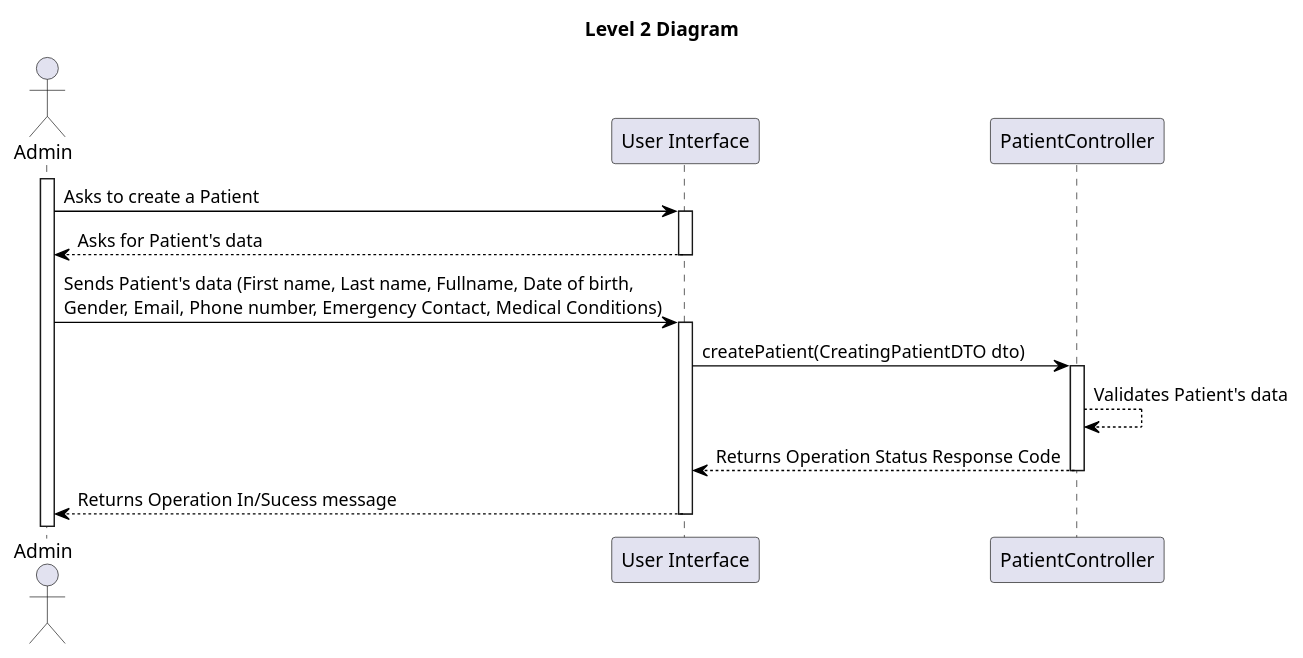
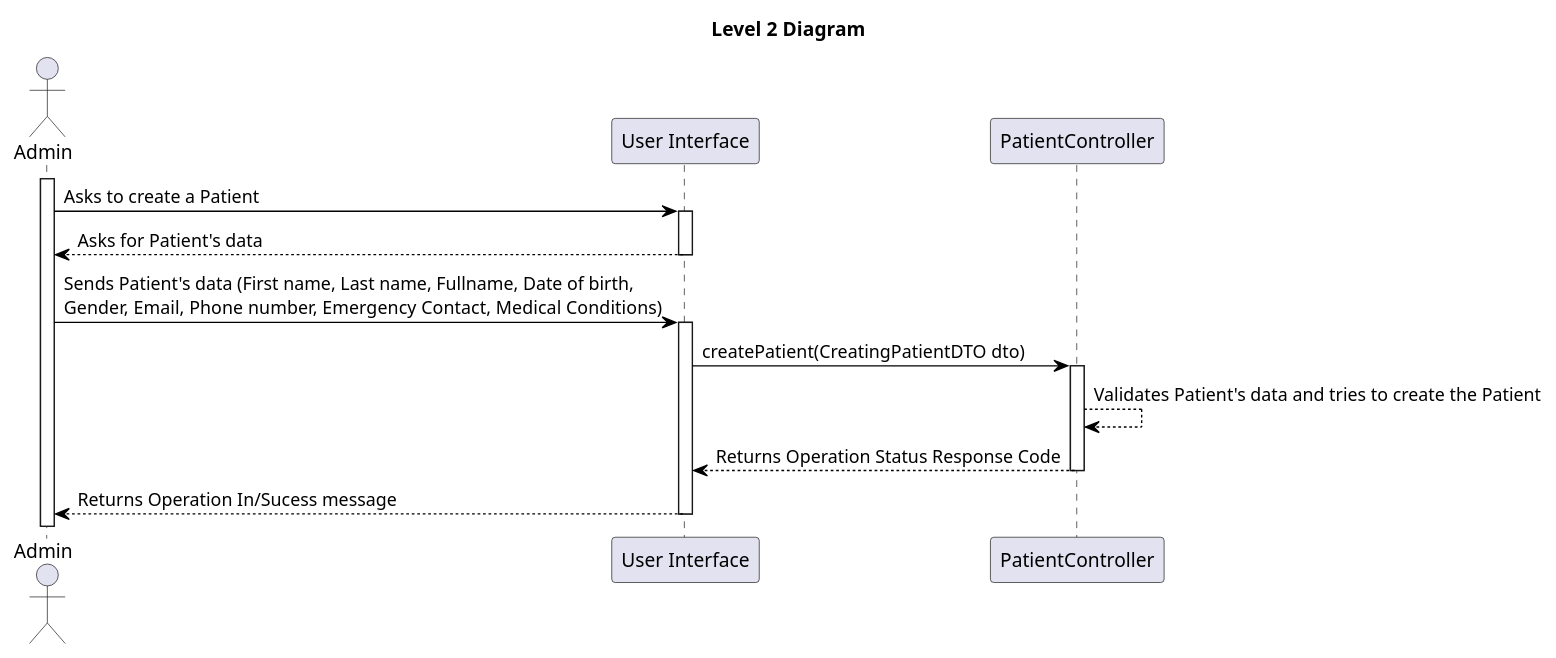
Before and after one commit to vscosousa/LAPR5_3DC_G15: the diagram in docs/sprint_A/us_5.1.8/level_2/puml/level_2.puml, drawn with PlantUML. The commit also changed 27 other files, not shown here.

```diff
--- a/docs/sprint_A/us_5.1.8/level_2/puml/level_2.puml
+++ b/docs/sprint_A/us_5.1.8/level_2/puml/level_2.puml
@@ -1,41 +1,41 @@
 @startuml level_2
 
 title Level 2 Diagram
 
 hide empty members
 'skinparam Linetype ortho
 
 skinparam class {
     BackgroundColor<<valueObject>> #D6EAF8
     BackgroundColor<<root>> #FDEBD0
     BackgroundColor<<service>> #D1F2EB
     BackgroundColor #FEF9E7
     ArrowColor Black
 }
 
 skinparam package {
     BackgroundColor #EBF5FB
 }
 
 actor Admin as A
 participant "User Interface" as UI
 participant "PatientController" as C
 
 
 activate A
 A -> UI: Asks to create a Patient
 activate UI
 UI --> A: Asks for Patient's data
 deactivate UI
 A -> UI: Sends Patient's data (First name, Last name, Fullname, Date of birth, \nGender, Email, Phone number, Emergency Contact, Medical Conditions)
 activate UI
 UI -> C: createPatient(CreatingPatientDTO dto)
 activate C
-C --> C: Validates Patient's data
+C --> C: Validates Patient's data and tries to create the Patient
 C --> UI: Returns Operation Status Response Code
 deactivate C
 UI --> A: Returns Operation In/Sucess message
 deactivate UI
 
 
 @enduml
```
